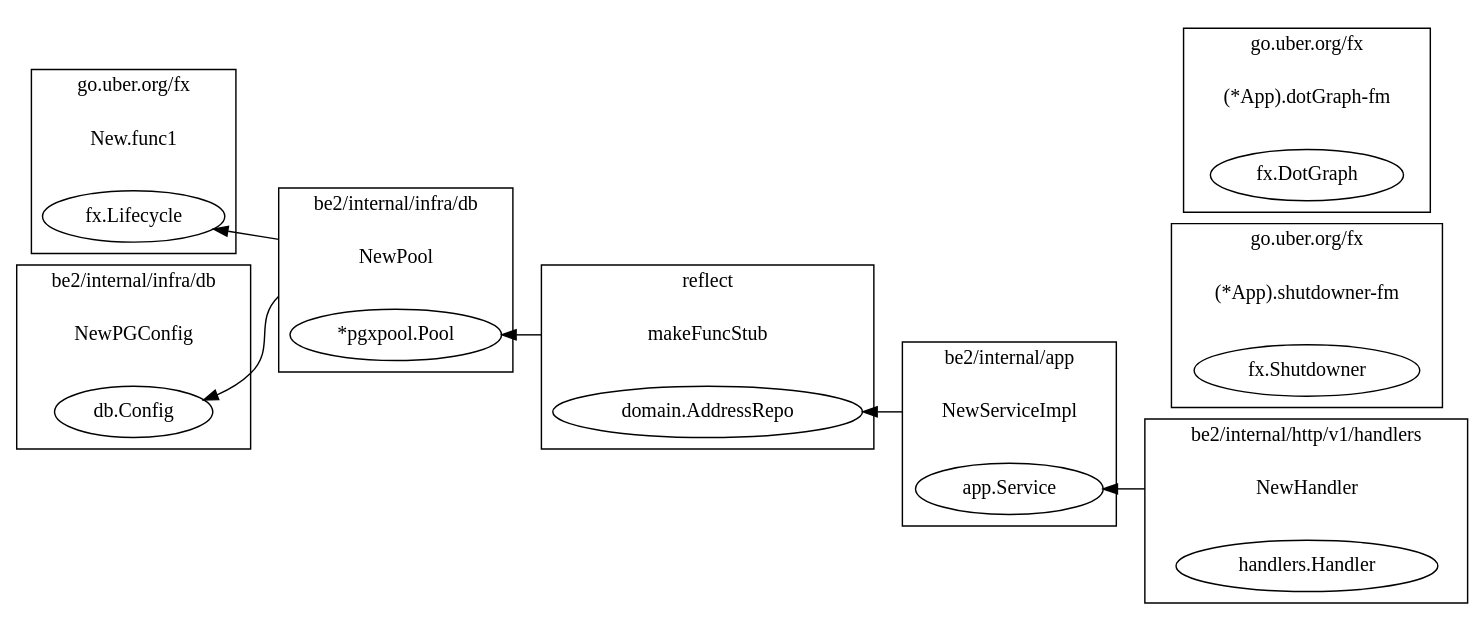
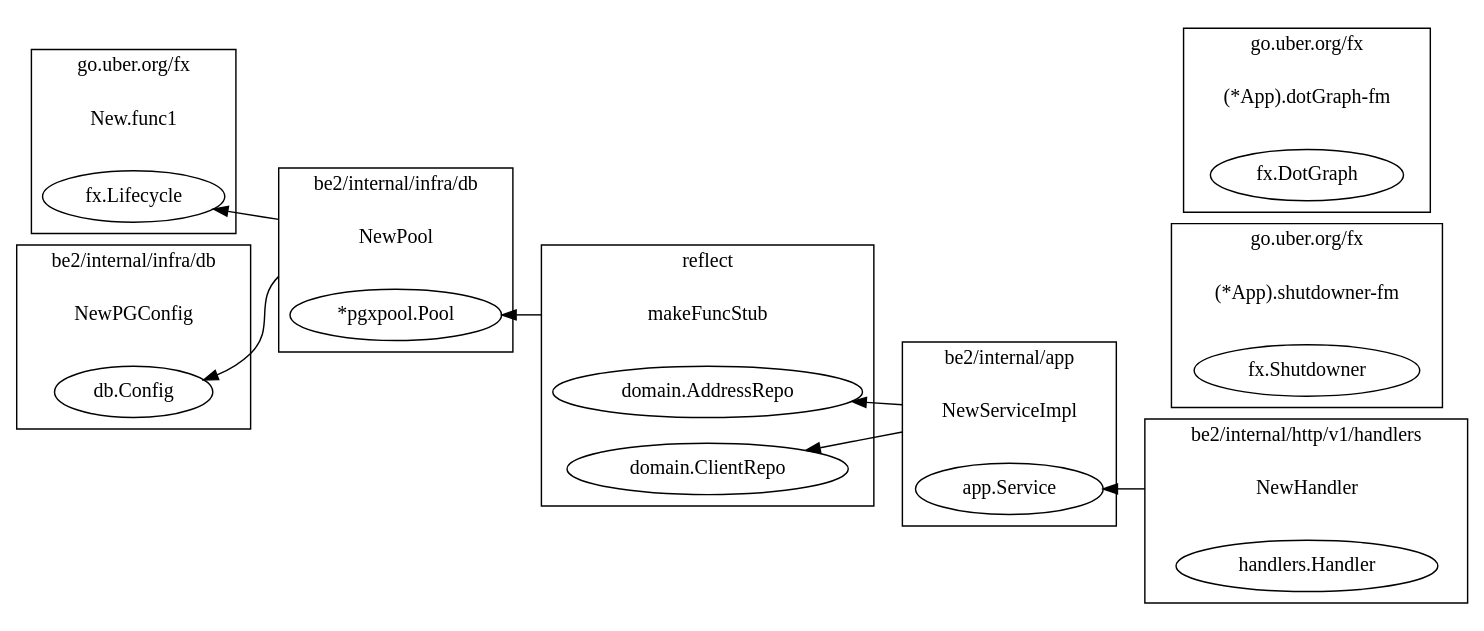
Before and after one commit to aldz231188/be2: the diagram in src/graph.dot, drawn with Graphviz. The commit also changed 15 other files, not shown here.

```diff
--- a/src/graph.dot
+++ b/src/graph.dot
@@ -1,49 +1,51 @@
 digraph {
 	rankdir=RL;
 	graph [compound=true];
 	subgraph cluster_0 {
 		label = "go.uber.org/fx";
 		constructor_0 [shape=plaintext label="New.func1"];
 		"fx.Lifecycle" [label=<fx.Lifecycle>];
 	}
 	subgraph cluster_1 {
 		label = "go.uber.org/fx";
 		constructor_1 [shape=plaintext label="(*App).shutdowner-fm"];
 		"fx.Shutdowner" [label=<fx.Shutdowner>];
 	}
 	subgraph cluster_2 {
 		label = "go.uber.org/fx";
 		constructor_2 [shape=plaintext label="(*App).dotGraph-fm"];
 		"fx.DotGraph" [label=<fx.DotGraph>];
 	}
 	subgraph cluster_3 {
 		label = "be2/internal/infra/db";
 		constructor_3 [shape=plaintext label="NewPGConfig"];
 		"db.Config" [label=<db.Config>];
 	}
 	subgraph cluster_4 {
 		label = "be2/internal/infra/db";
 		constructor_4 [shape=plaintext label="NewPool"];
 		"*pgxpool.Pool" [label=<*pgxpool.Pool>];
 	}
 	constructor_4 -> "fx.Lifecycle" [ltail=cluster_4];
 	constructor_4 -> "db.Config" [ltail=cluster_4];
 	subgraph cluster_5 {
 		label = "reflect";
 		constructor_5 [shape=plaintext label="makeFuncStub"];
 		"domain.AddressRepo" [label=<domain.AddressRepo>];
+		"domain.ClientRepo" [label=<domain.ClientRepo>];
 	}
 	constructor_5 -> "*pgxpool.Pool" [ltail=cluster_5];
 	subgraph cluster_6 {
 		label = "be2/internal/app";
 		constructor_6 [shape=plaintext label="NewServiceImpl"];
 		"app.Service" [label=<app.Service>];
 	}
 	constructor_6 -> "domain.AddressRepo" [ltail=cluster_6];
+	constructor_6 -> "domain.ClientRepo" [ltail=cluster_6];
 	subgraph cluster_7 {
 		label = "be2/internal/http/v1/handlers";
 		constructor_7 [shape=plaintext label="NewHandler"];
 		"handlers.Handler" [label=<handlers.Handler>];
 	}
 	constructor_7 -> "app.Service" [ltail=cluster_7];
 }
```
